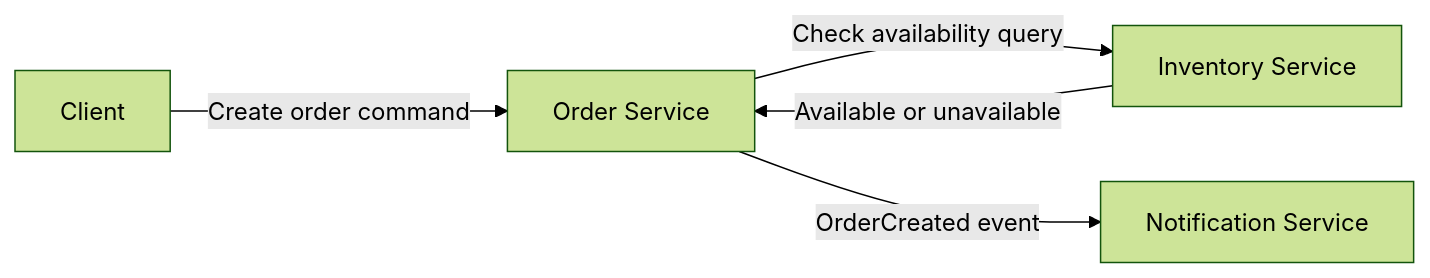
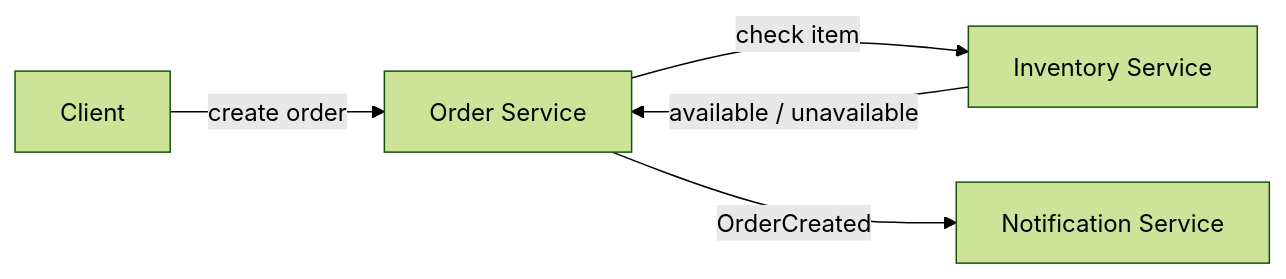
Before and after one commit to shanbhoganjali23/CMPE273-assignment3: the diagram in README.md, drawn with Mermaid (forest theme). The commit also changed other lines of this file, not shown here.

````diff
--- a/README.md
+++ b/README.md
@@ -7,7 +7,7 @@
 ```mermaid
 flowchart LR
-    C[Client] -->|Create order command| O[Order Service]
-    O -->|Check availability query| I[Inventory Service]
-    I -->|Available or unavailable| O
-    O -->|OrderCreated event| N[Notification Service]
+    Client -->|create order| Order[Order Service]
+    Order -->|check item| Inventory[Inventory Service]
+    Inventory -->|available / unavailable| Order
+    Order -->|OrderCreated| Notification[Notification Service]
 ```
````
